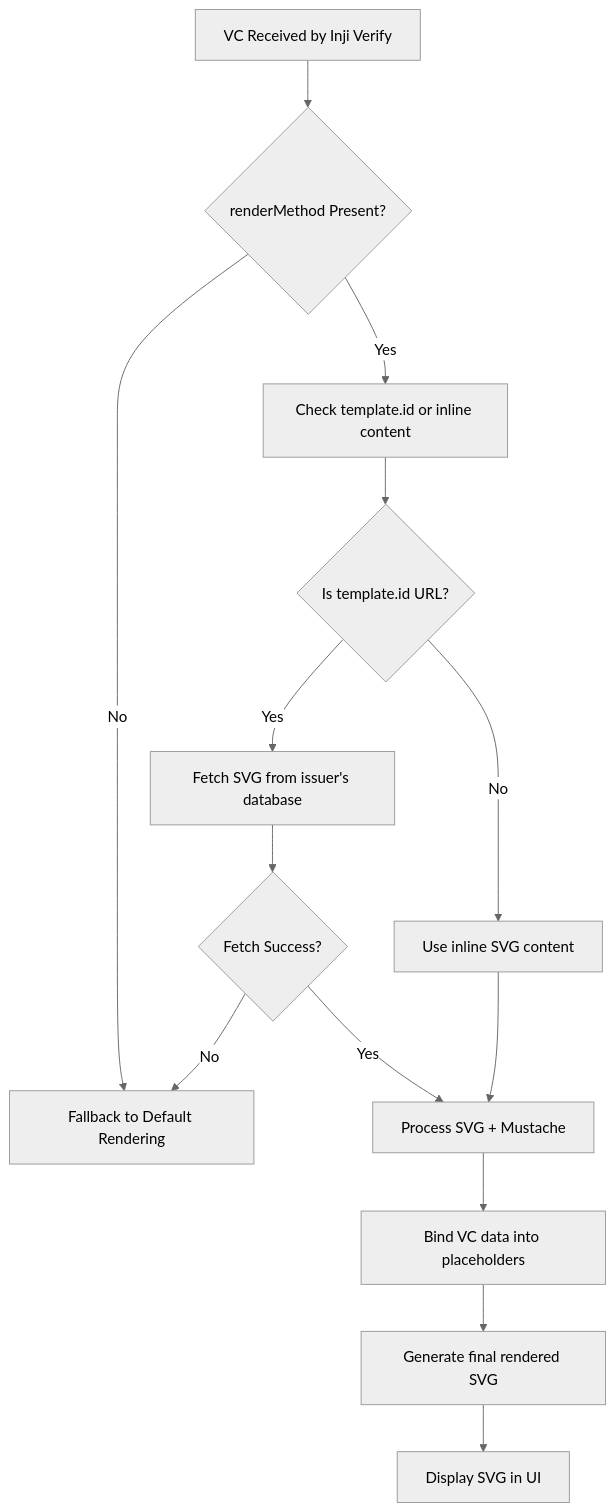
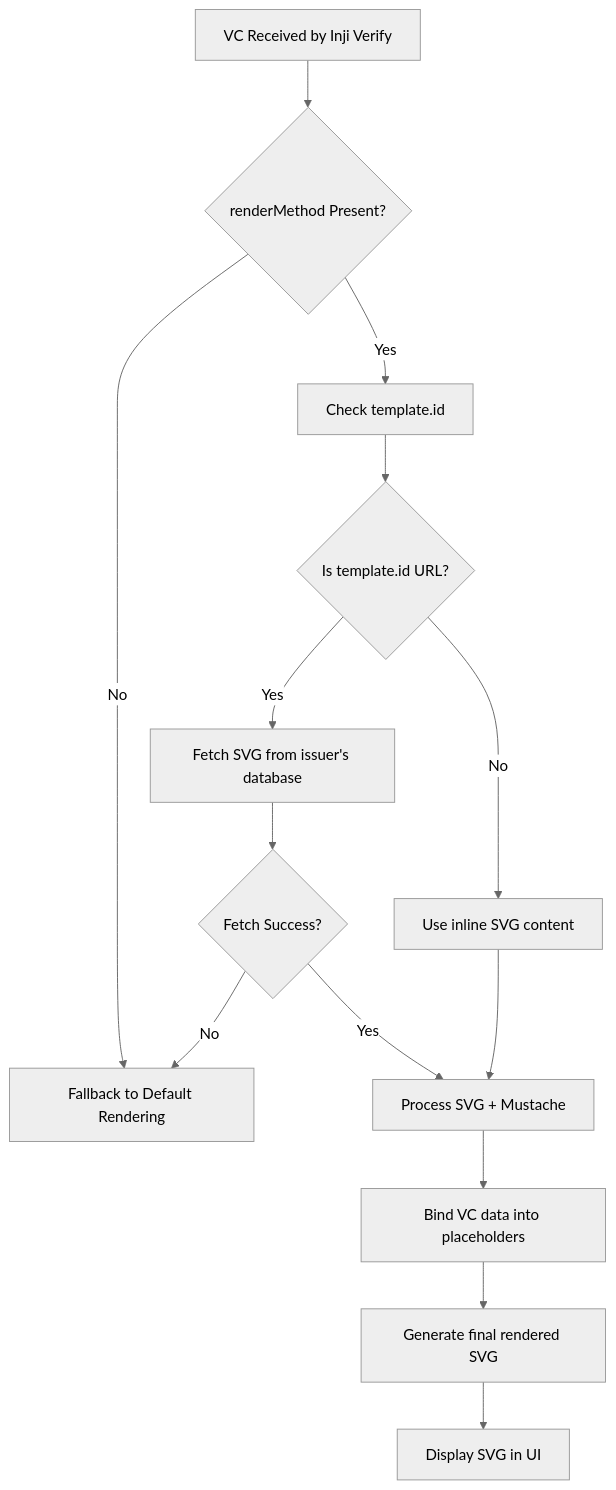
The diagram in docs/SVGTemplateRender.md (inji/inji-verify), drawn with Mermaid (neutral theme) before and after one commit. The commit also changed other lines of this file, not shown here.

````diff
--- a/docs/SVGTemplateRender.md
+++ b/docs/SVGTemplateRender.md
@@ -132,16 +129,16 @@
 ```mermaid
 flowchart TD
     A[VC Received by Inji Verify] --> B{renderMethod Present?}
     B -- No --> Z[Render using Default Key-Value UI]
-    B -- Yes --> C[Check template.id or inline content]
+    B -- Yes --> C[Check template.id]
     C --> D{Is template.id URL?}
     D -- Yes --> E[Fetch SVG from issuer's database]
     D -- No --> F[Use inline SVG content]
     E --> G{Fetch Success?}
     G -- No --> Z[Fallback to Default Rendering]
     G -- Yes --> H[Process SVG + Mustache]
     F --> H[Process SVG + Mustache]
     H --> I[Bind VC data into placeholders]
     I --> J[Generate final rendered SVG]
     J --> K[Display SVG in UI]
 ```
````
